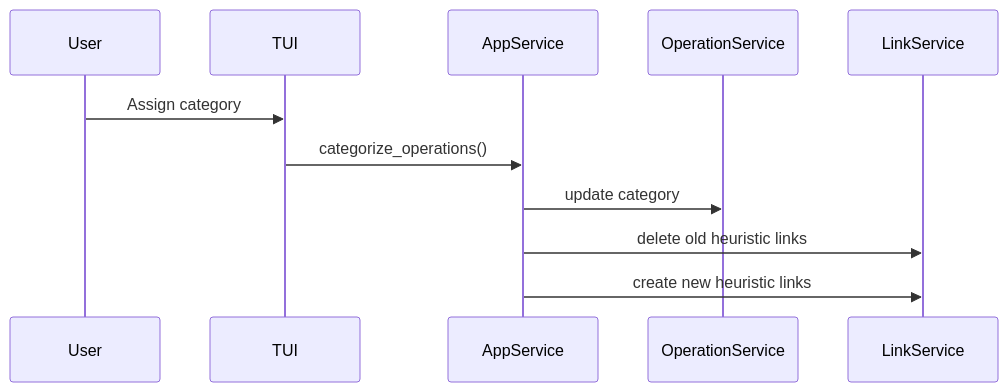
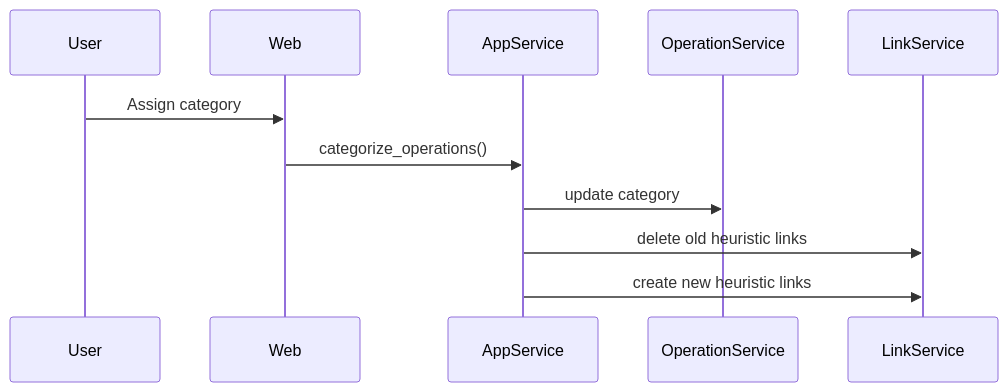
The fifth of 6 diagrams in docs/dev/operations.md (corentin-core/budget-forecaster), drawn with Mermaid before and after one commit. The commit also changed 94 other files, not shown here.

First line of the commit message:
refactor: Retire the TUI in favor of the web app (#327)

````diff
--- a/docs/dev/operations.md
+++ b/docs/dev/operations.md
@@ -180,14 +180,14 @@
 ```mermaid
 sequenceDiagram
     participant User
-    participant TUI
+    participant Web
     participant AppService
     participant OperationService
     participant LinkService
 
-    User->>TUI: Assign category
-    TUI->>AppService: categorize_operations()
+    User->>Web: Assign category
+    Web->>AppService: categorize_operations()
     AppService->>OperationService: update category
     AppService->>LinkService: delete old heuristic links
     AppService->>LinkService: create new heuristic links
 ```
````
